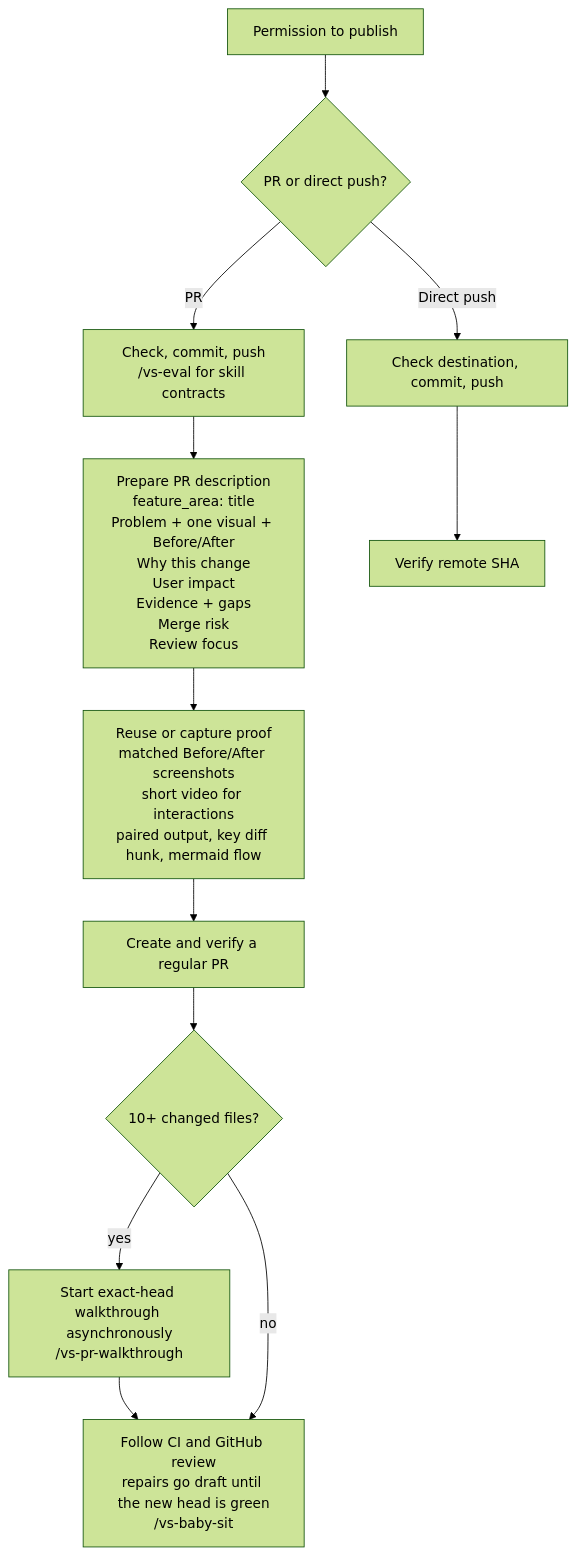
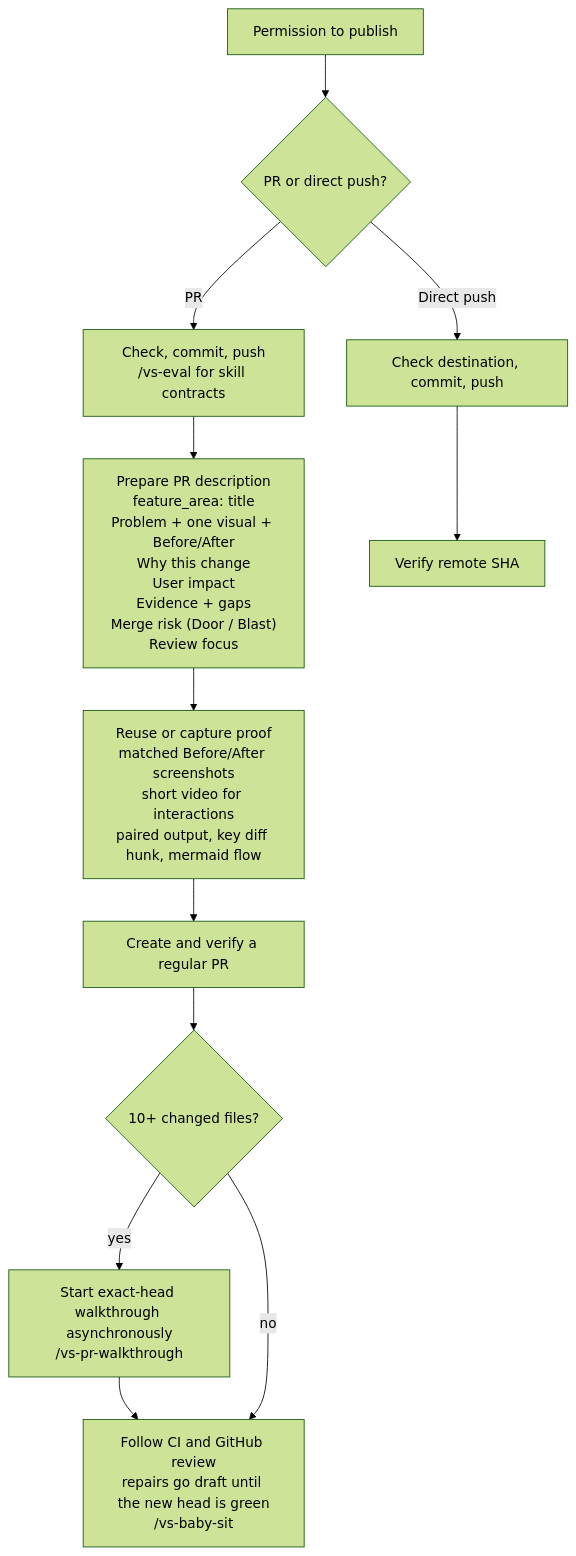
One commit to vltansky/vs changed the fourth of 4 diagrams in README.md. Above: the diagram before and after it, drawn with Mermaid (forest theme). The commit also changed 5 other files, not shown here.

Commit message:
fix(ship-it): one-visual pin and green output-style race

````diff
--- a/README.md
+++ b/README.md
@@ -102,11 +102,11 @@
 ```mermaid
 flowchart TD
     I[Permission to publish] --> D{PR or direct push?}
     D -- PR --> C["Check, commit, push<br/>/vs-eval for skill contracts"]
-    C --> B["Prepare PR description<br/>feature_area: title<br/>Problem + one visual + Before/After<br/>Why this change<br/>User impact<br/>Evidence + gaps<br/>Merge risk<br/>Review focus"]
+    C --> B["Prepare PR description<br/>feature_area: title<br/>Problem + one visual + Before/After<br/>Why this change<br/>User impact<br/>Evidence + gaps<br/>Merge risk (Door / Blast)<br/>Review focus"]
     B --> M["Reuse or capture proof<br/>matched Before/After screenshots<br/>short video for interactions<br/>paired output, key diff hunk, mermaid flow"]
     M --> O[Create and verify a regular PR] --> L{10+ changed files?}
     L -- yes --> T["Start exact-head walkthrough asynchronously<br/>/vs-pr-walkthrough"] --> W["Follow CI and GitHub review<br/>repairs go draft until the new head is green<br/>/vs-baby-sit"]
     L -- no --> W
     D -- Direct push --> F[Check destination, commit, push] --> S[Verify remote SHA]
 ```
````
